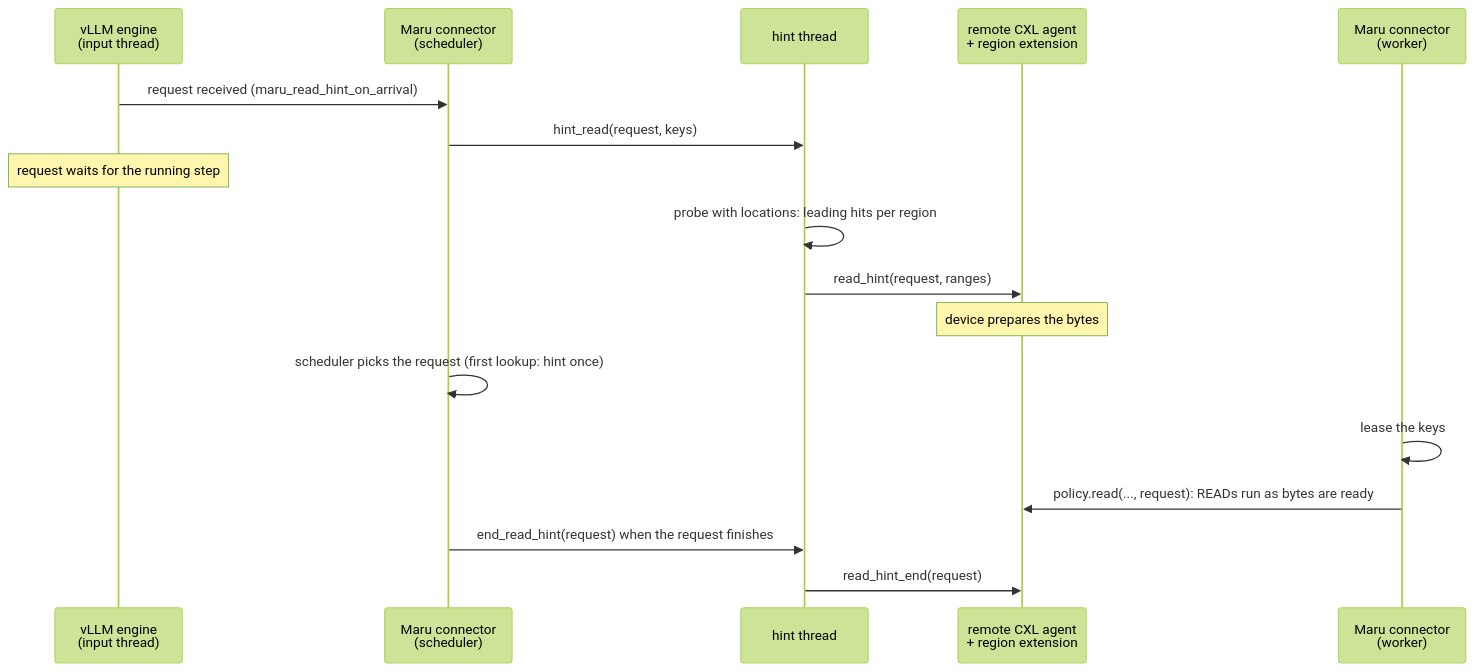
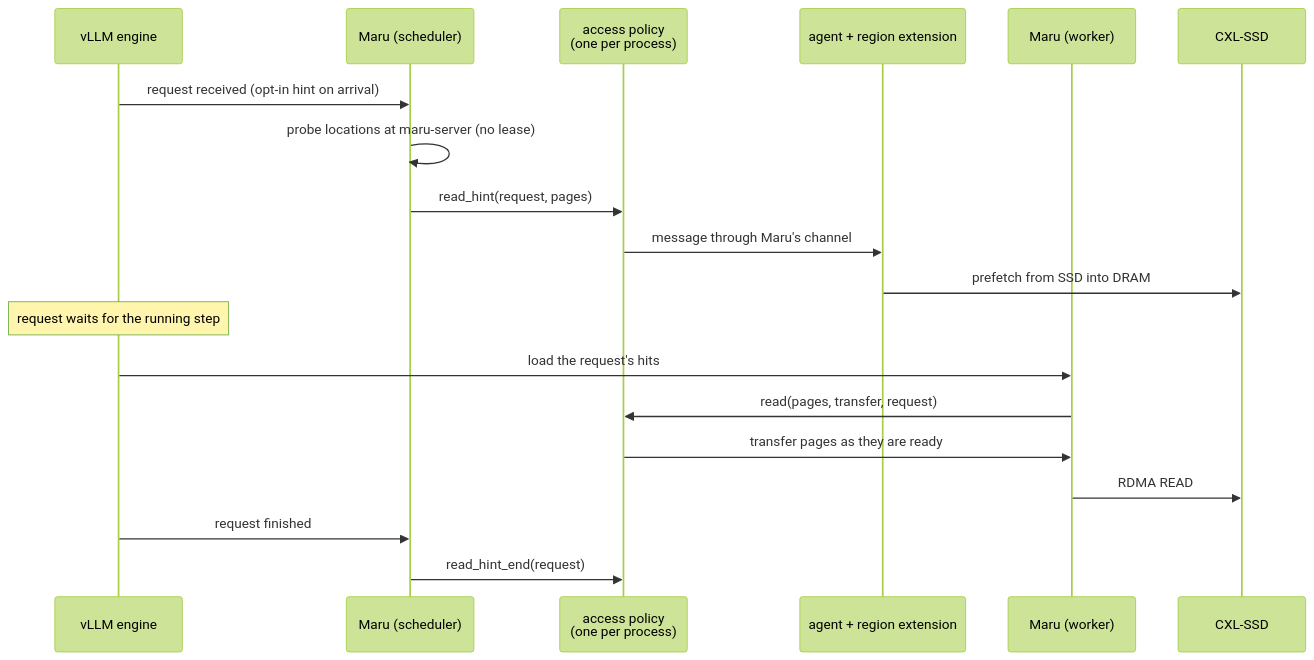
Before and after one commit to xcena-dev/maru: the second of 2 diagrams in docs/source/design_doc/access_policies.md, drawn with Mermaid (forest theme). The commit also changed other lines of this file, not shown here.

First line of the commit message:
docs(remote_cxl): describe access policies with the CXL-SSD case and the Maru/package boundary

````diff
--- a/docs/source/design_doc/access_policies.md
+++ b/docs/source/design_doc/access_policies.md
@@ -69,19 +92,21 @@
 ```mermaid
 sequenceDiagram
-  participant E as vLLM engine<br/>(input thread)
-  participant S as Maru connector<br/>(scheduler)
-  participant H as hint thread
-  participant A as remote CXL agent<br/>+ region extension
-  participant W as Maru connector<br/>(worker)
-  E->>S: request received (maru_read_hint_on_arrival)
-  S->>H: hint_read(request, keys)
+  participant E as vLLM engine
+  participant S as Maru (scheduler)
+  participant P as access policy<br/>(one per process)
+  participant A as agent + region extension
+  participant W as Maru (worker)
+  participant D as CXL-SSD
+  E->>S: request received (opt-in hint on arrival)
+  S->>S: probe locations at maru-server (no lease)
+  S->>P: read_hint(request, pages)
+  P->>A: message through Maru's channel
+  A->>D: prefetch from SSD into DRAM
   Note over E: request waits for the running step
-  H->>H: probe with locations: leading hits per region
-  H->>A: read_hint(request, ranges)
-  Note over A: device prepares the bytes
-  S->>S: scheduler picks the request (first lookup: hint once)
-  W->>W: lease the keys
-  W->>A: policy.read(..., request): READs run as bytes are ready
-  S->>H: end_read_hint(request) when the request finishes
-  H->>A: read_hint_end(request)
+  E->>W: load the request's hits
+  W->>P: read(pages, transfer, request)
+  P->>W: transfer pages as they are ready
+  W->>D: RDMA READ
+  E->>S: request finished
+  S->>P: read_hint_end(request)
 ```
````
